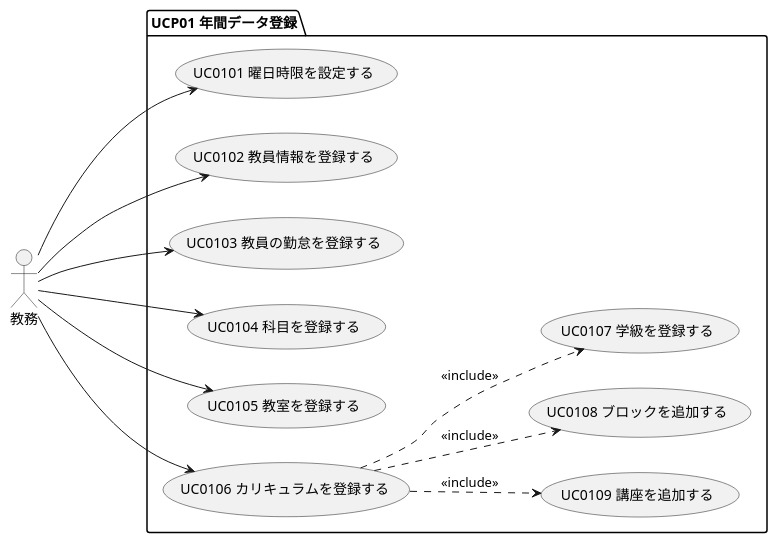
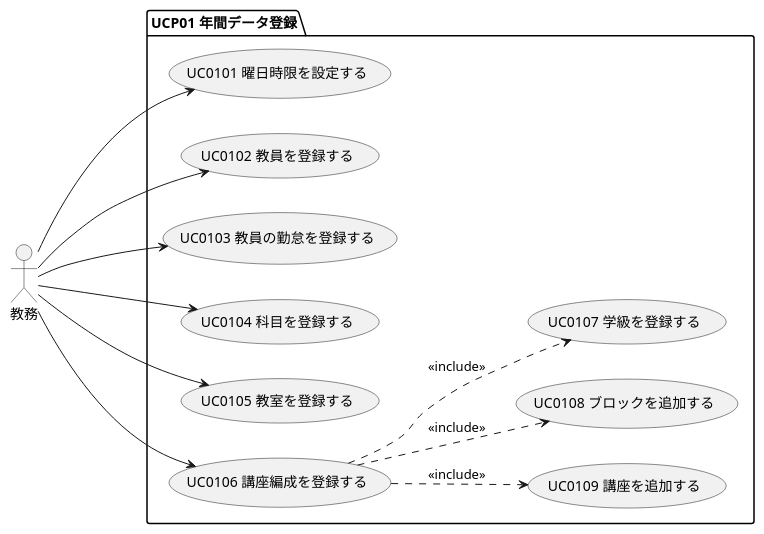
Before and after one commit to takayanag-i/working-in-progress: the diagram in docs/03_システム要件定義/02_ユースケース図/UCP01_年間データ登録.pu, drawn with PlantUML. The commit also changed 2 other files, not shown here.

```diff
--- a/docs/03_システム要件定義/02_ユースケース図/UCP01_年間データ登録.pu
+++ b/docs/03_システム要件定義/02_ユースケース図/UCP01_年間データ登録.pu
@@ -1,17 +1,17 @@
 @startuml usecase diagram
 left to right direction
 actor 教務
 
 package "UCP01 年間データ登録" {
     教務--->(UC0101 曜日時限を設定する)
-    教務--->(UC0102 教員情報を登録する)
+    教務--->(UC0102 教員を登録する)
     教務--->(UC0103 教員の勤怠を登録する)
     教務--->(UC0104 科目を登録する)
     教務--->(UC0105 教室を登録する)
-    教務--->(UC0106 カリキュラムを登録する)
+    教務--->(UC0106 講座編成を登録する)
 
-    (UC0106 カリキュラムを登録する) ..> (UC0109 講座を追加する) : <<include>>
-    (UC0106 カリキュラムを登録する) ..> (UC0108 ブロックを追加する) : <<include>>
-    (UC0106 カリキュラムを登録する) ..> (UC0107 学級を登録する) : <<include>>
+    (UC0106 講座編成を登録する) ..> (UC0109 講座を追加する) : <<include>>
+    (UC0106 講座編成を登録する) ..> (UC0108 ブロックを追加する) : <<include>>
+    (UC0106 講座編成を登録する) ..> (UC0107 学級を登録する) : <<include>>
 }
 @enduml
```
